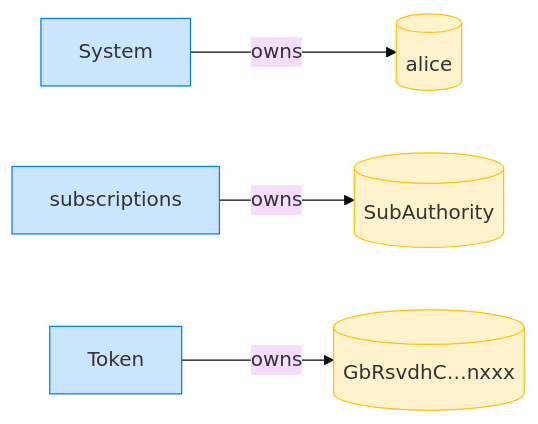
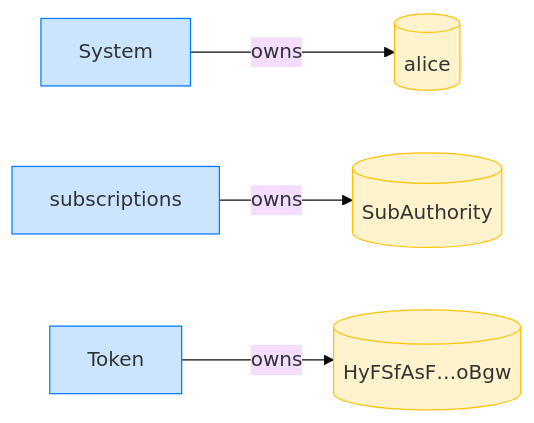
Before and after one commit to cds-rs/subscriptions: the fourth of 8 diagrams in dsl_tests/transfer-subscription--a-closed-plan-is-refused.md, drawn with Mermaid (base theme). The commit also changed other lines of this file and 224 other files, not shown here.

````diff
--- a/dsl_tests/transfer-subscription--a-closed-plan-is-refused.md
+++ b/dsl_tests/transfer-subscription--a-closed-plan-is-refused.md
@@ -73,14 +78,14 @@
 ```mermaid
 flowchart LR
     classDef owner fill:#cce5ff,stroke:#007bff;
     classDef account fill:#fff3cd,stroke:#ffc107;
     System[System]:::owner
     alice[(alice)]:::account
     subscriptions[subscriptions]:::owner
     SubAuthority[(SubAuthority)]:::account
     Token[Token]:::owner
-    GbRsvdhC_nxxx[("GbRsvdhC…nxxx")]:::account
+    HyFSfAsF_oBgw[("HyFSfAsF…oBgw")]:::account
     System -->|owns| alice
     subscriptions -->|owns| SubAuthority
-    Token -->|owns| GbRsvdhC_nxxx
+    Token -->|owns| HyFSfAsF_oBgw
 ```
````
